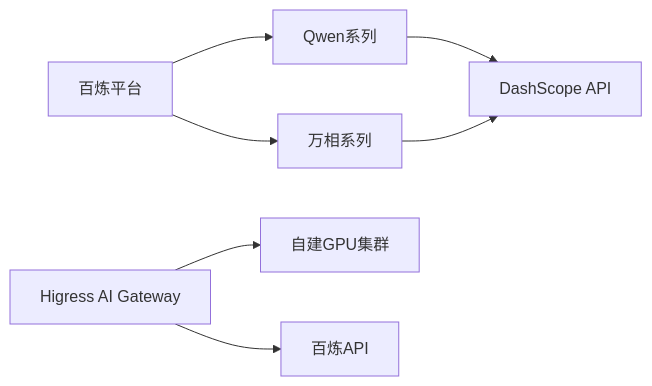
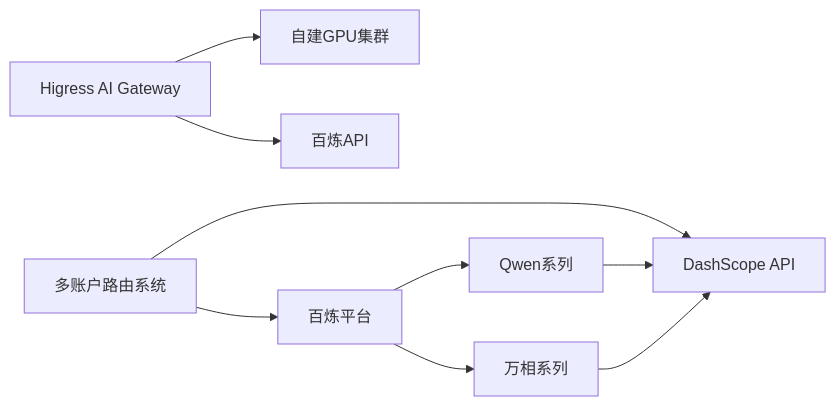
The eighth of 8 diagrams in .qoder/repowiki/zh/content/知识库组织结构/厂商知识库/阿里云知识库/MaaS（百炼平台）.md (EthanNiWorld/AI-Native-SA-2026), drawn with Mermaid before and after one commit. The commit also changed other lines of this file and 7 other files, not shown here.

````diff
--- a/.qoder/repowiki/zh/content/知识库组织结构/厂商知识库/阿里云知识库/MaaS（百炼平台）.md
+++ b/.qoder/repowiki/zh/content/知识库组织结构/厂商知识库/阿里云知识库/MaaS（百炼平台）.md
@@ -293,9 +490,11 @@
 ```mermaid
 graph LR
 BA["百炼平台"] --> QW["Qwen系列"]
 BA --> WA["万相系列"]
 HN["Higress AI Gateway"] --> SELF["自建GPU集群"]
 HN --> BA_API["百炼API"]
 QW --> DS["DashScope API"]
 WA --> DS
+ROUTER["多账户路由系统"] --> DS
+ROUTER --> BA
 ```
````
